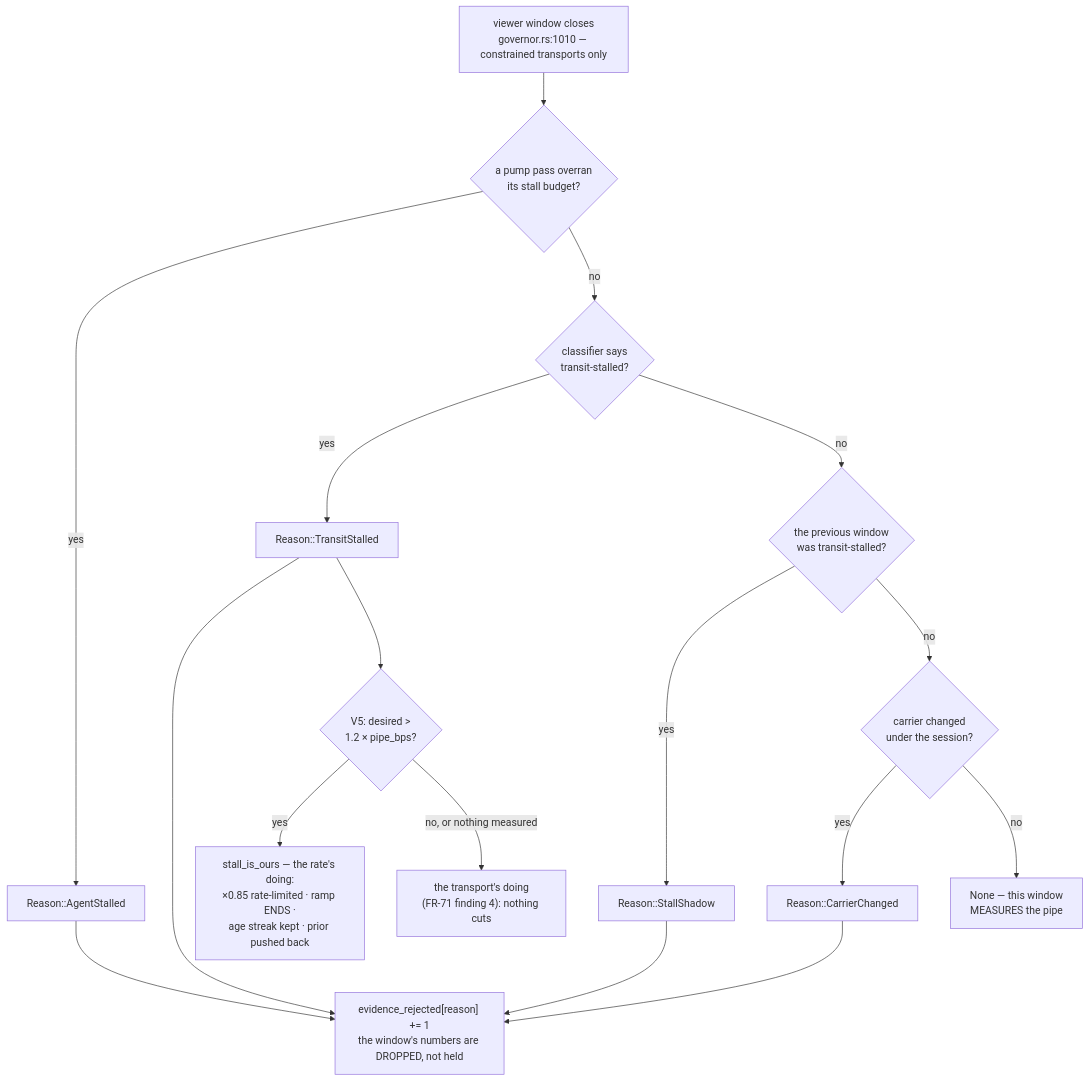
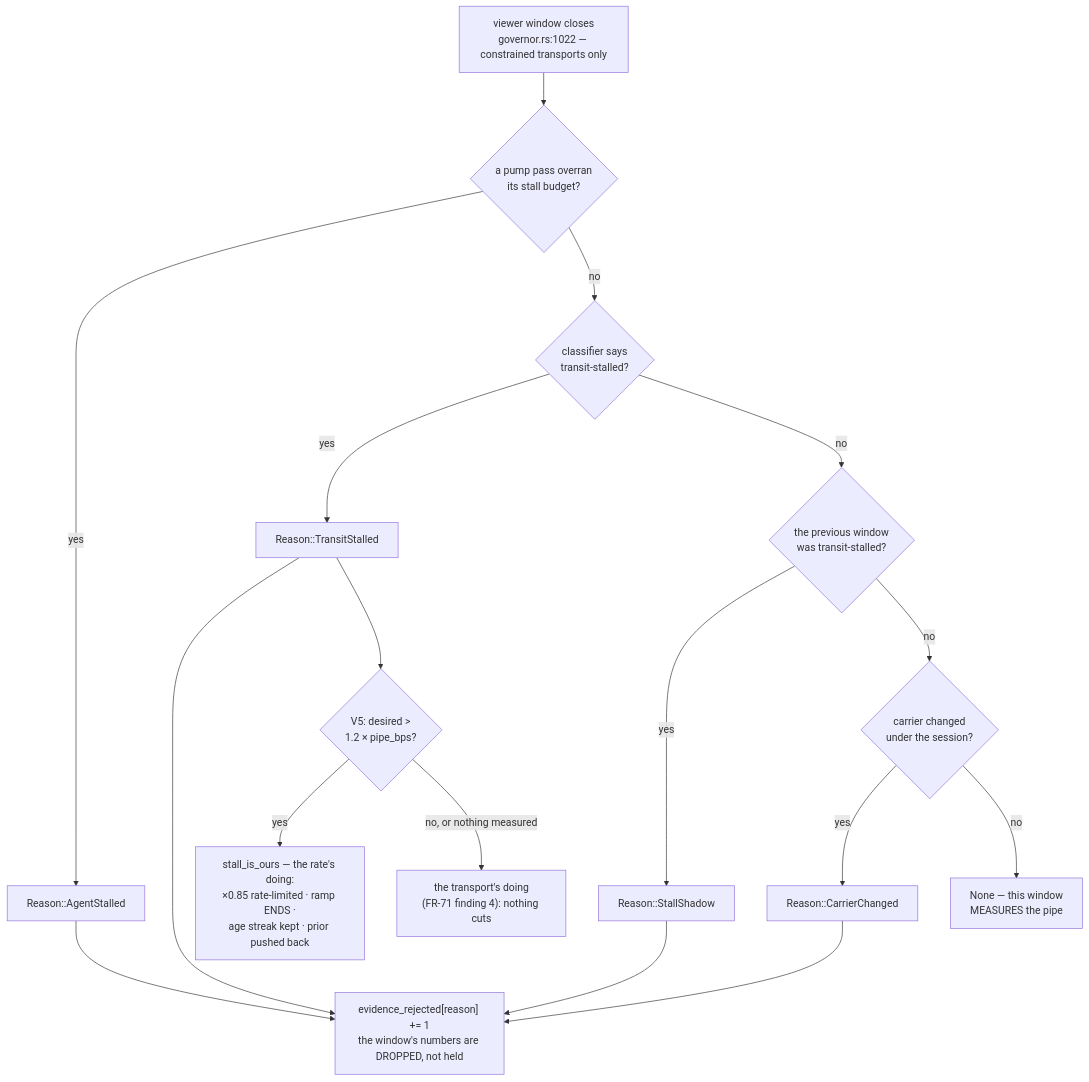
The first of 4 diagrams in docs/rate-control.md (gjovanov/roomler-ai), drawn with Mermaid before and after one commit. The commit also changed other lines of this file and 15 other files, not shown here.

````diff
--- a/docs/rate-control.md
+++ b/docs/rate-control.md
@@ -34,16 +34,16 @@
 ```mermaid
 flowchart TB
-    W["viewer window closes<br/>governor.rs:1010 — constrained transports only"] --> A{"a pump pass overran<br/>its stall budget?"}
+    W["viewer window closes<br/>governor.rs:1022 — constrained transports only"] --> A{"a pump pass overran<br/>its stall budget?"}
     A -- yes --> RA["Reason::AgentStalled"]
     A -- no --> T{"classifier says<br/>transit-stalled?"}
     T -- yes --> RT["Reason::TransitStalled"]
     T -- no --> S{"the previous window<br/>was transit-stalled?"}
     S -- yes --> RS["Reason::StallShadow"]
     S -- no --> C{"carrier changed<br/>under the session?"}
     C -- yes --> RC["Reason::CarrierChanged"]
     C -- no --> OK["None — this window<br/>MEASURES the pipe"]
     RA & RT & RS & RC --> REJ["evidence_rejected[reason] += 1<br/>the window's numbers are DROPPED, not held"]
     RT --> V5{"V5: desired ><br/>1.2 × pipe_bps?"}
     V5 -- yes --> OURS["stall_is_ours — the rate's doing:<br/>×0.85 rate-limited · ramp ENDS ·<br/>age streak kept · prior pushed back"]
     V5 -- "no, or nothing measured" --> HOLD["the transport's doing<br/>(FR-71 finding 4): nothing cuts"]
 ```
````
